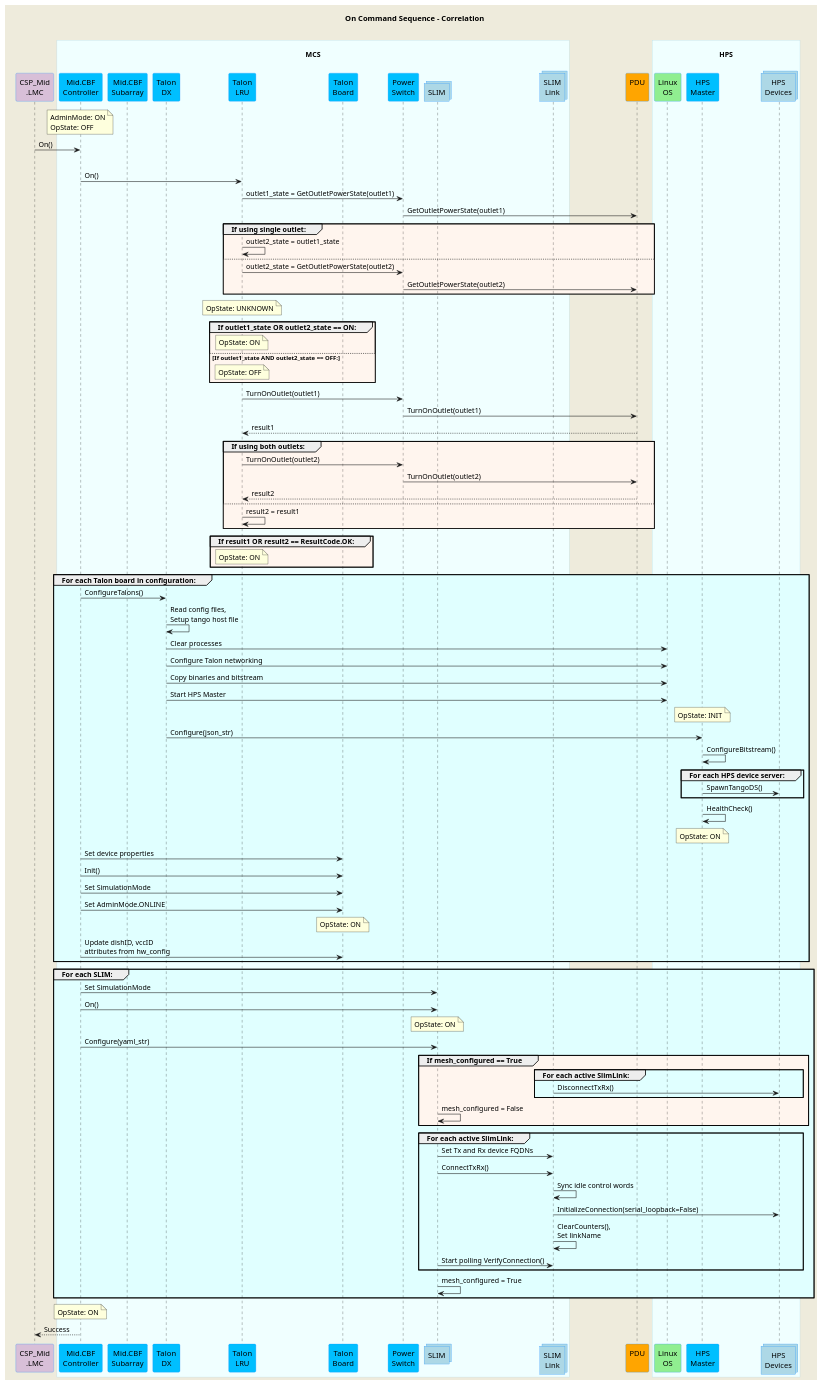
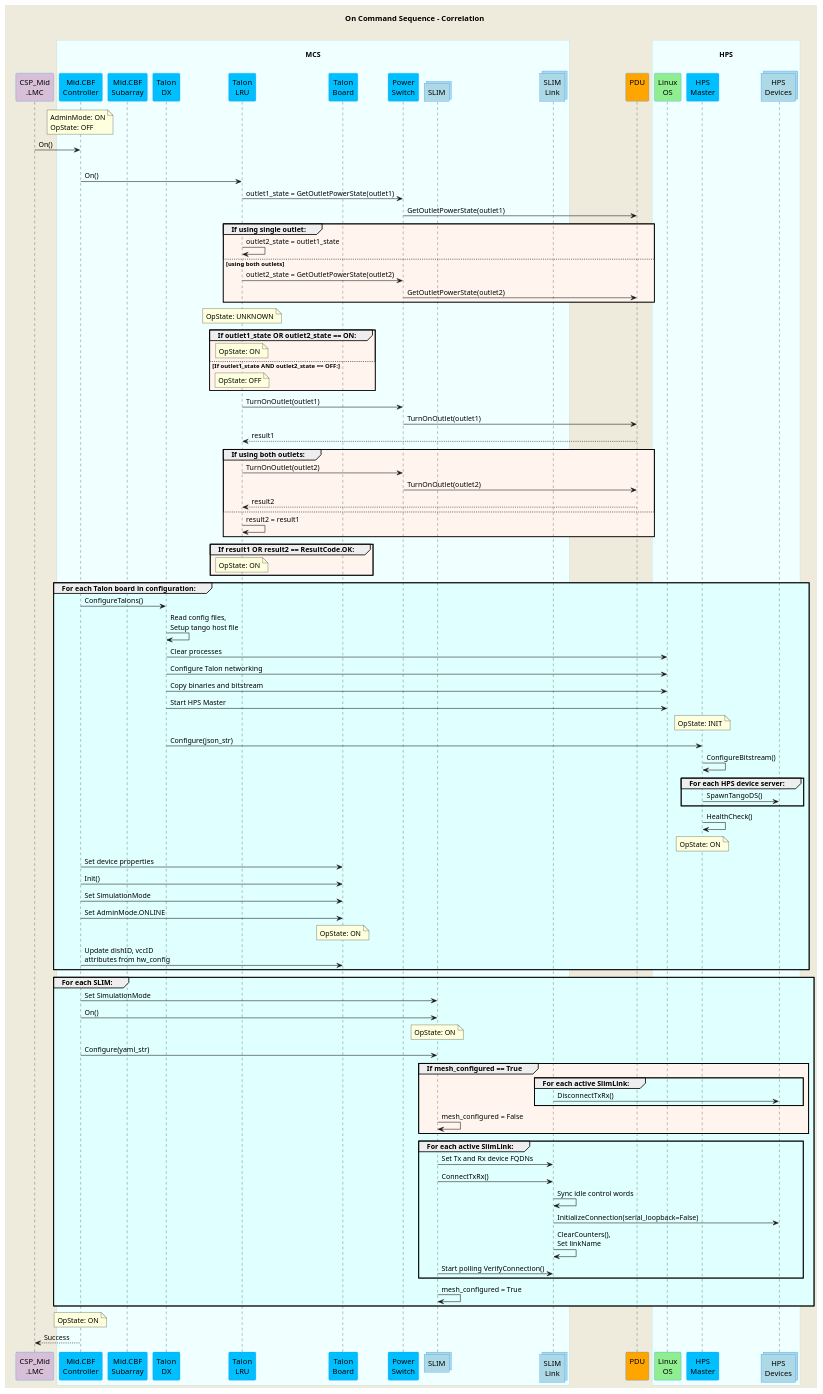
Before and after one commit to ska-telescope/mid-cbf-mcs: the diagram in docs/src/diagrams/on-command-sequence.puml, drawn with PlantUML.

Commit message:
CIP-2424 add both outlets else comment

```diff
--- a/docs/src/diagrams/on-command-sequence.puml
+++ b/docs/src/diagrams/on-command-sequence.puml
@@ -1,126 +1,126 @@
 @startuml
 'https://plantuml.com/sequence-diagram
 skinparam backgroundColor #EEEBDC
 skinparam sequence {
 ParticipantBorderColor DodgerBlue
 ParticipantBackgroundColor DeepSkyBlue
 ActorBorderColor DarkGreen
 ActorBackgroundColor Green
 BoxBorderColor LightBlue
 BoxBackgroundColor #F0FFFF
 }
 skinparam collections {
   BackGroundColor LightBlue
   BorderColor DodgerBlue
 }
 skinparam database {
   BackgroundColor LightGreen
   BorderColor DarkGreen
 }
 title On Command Sequence - Correlation\n
 participant "CSP_Mid\n.LMC" as lmc #Thistle
 box "\nMCS\n"
   participant "Mid.CBF\nController" as controller
   participant "Mid.CBF\nSubarray" as subarray
   participant "Talon\nDX" as tdx
   participant "Talon\nLRU" as lru
   participant "Talon\nBoard" as talon_board
   participant "Power\nSwitch" as ps
   collections "SLIM" as slim
   collections "SLIM\nLink" as slimlink
 end box
 participant "PDU\n" as pdu #Orange
 box "\nHPS\n"
   participant "Linux\nOS" as os #LightGreen
   participant "HPS\nMaster" as hpsmaster
   collections "HPS\nDevices" as hpsdevices
 end box
 
 note over controller            : AdminMode: ON\nOpState: OFF
 lmc -> controller               : On()
 
 group #LightCyan For each Talon LRU in configuration:
   controller    ->  lru         : On()
   lru           ->  ps          : outlet1_state = GetOutletPowerState(outlet1)
   ps            ->  pdu         : GetOutletPowerState(outlet1)
   group #SeaShell If using single outlet:
     lru         ->  lru         : outlet2_state = outlet1_state
-  else
+  else using both outlets
     lru         ->  ps          : outlet2_state = GetOutletPowerState(outlet2)
     ps          ->  pdu         : GetOutletPowerState(outlet2)
   end group
 
   note over lru                 : OpState: UNKNOWN
   group #SeaShell If outlet1_state OR outlet2_state == ON:
     note over lru               : OpState: ON
   else If outlet1_state AND outlet2_state == OFF:
     note over lru               : OpState: OFF
   end group
 
   lru           ->  ps          : TurnOnOutlet(outlet1)
   ps            ->  pdu         : TurnOnOutlet(outlet1)
   pdu           --> lru         : result1
   group #SeaShell If using both outlets:
     lru         ->  ps          : TurnOnOutlet(outlet2)
     ps          ->  pdu         : TurnOnOutlet(outlet2)
     pdu         --> lru         : result2
   else
     lru         ->  lru         : result2 = result1
   end group
 
   group #SeaShell If result1 OR result2 == ResultCode.OK:
     note over lru               : OpState: ON
 end group
 
 group #LightCyan For each Talon board in configuration:
   controller    ->  tdx         : ConfigureTalons()
   tdx           ->  tdx         : Read config files,\nSetup tango host file
   tdx           ->  os          : Clear processes
   tdx           ->  os          : Configure Talon networking
   tdx           ->  os          : Copy binaries and bitstream
   tdx           ->  os          : Start HPS Master
   note over hpsmaster           : OpState: INIT
   tdx           ->  hpsmaster   : Configure(json_str)
   hpsmaster     ->  hpsmaster   : ConfigureBitstream()
   group #LightCyan For each HPS device server:
     hpsmaster  -> hpsdevices    : SpawnTangoDS()
   end group
   hpsmaster     ->  hpsmaster   : HealthCheck()
   note over hpsmaster           : OpState: ON
 
   controller    ->  talon_board : Set device properties
   controller    ->  talon_board : Init()
   controller    ->  talon_board : Set SimulationMode
   controller    ->  talon_board : Set AdminMode.ONLINE
   note over talon_board         : OpState: ON
   controller    ->  talon_board : Update dishID, vccID\nattributes from hw_config
 end group
 
 group #LightCyan For each SLIM:
   controller      ->  slim      : Set SimulationMode
   controller      ->  slim      : On()
   note over slim                : OpState: ON
   controller      ->  slim      : Configure(yaml_str)
   group #SeaShell If mesh_configured == True
     group #LightCyan For each active SlimLink:
       slimlink    -> hpsdevices : DisconnectTxRx()
     end group
     slim          ->  slim      : mesh_configured = False
   end group
 
   group #LightCyan For each active SlimLink:
     slim        ->  slimlink    : Set Tx and Rx device FQDNs
     slim        ->  slimlink    : ConnectTxRx()
     slimlink    ->  slimlink    : Sync idle control words
     slimlink    ->  hpsdevices  : InitializeConnection(serial_loopback=False)
     slimlink    ->  slimlink    : ClearCounters(),\nSet linkName
     slim        ->  slimlink    : Start polling VerifyConnection()
   end group
   slim          ->  slim        : mesh_configured = True
 end group
 
 note over controller            : OpState: ON
 
 lmc           <--  controller   : Success
 
 @enduml
```
